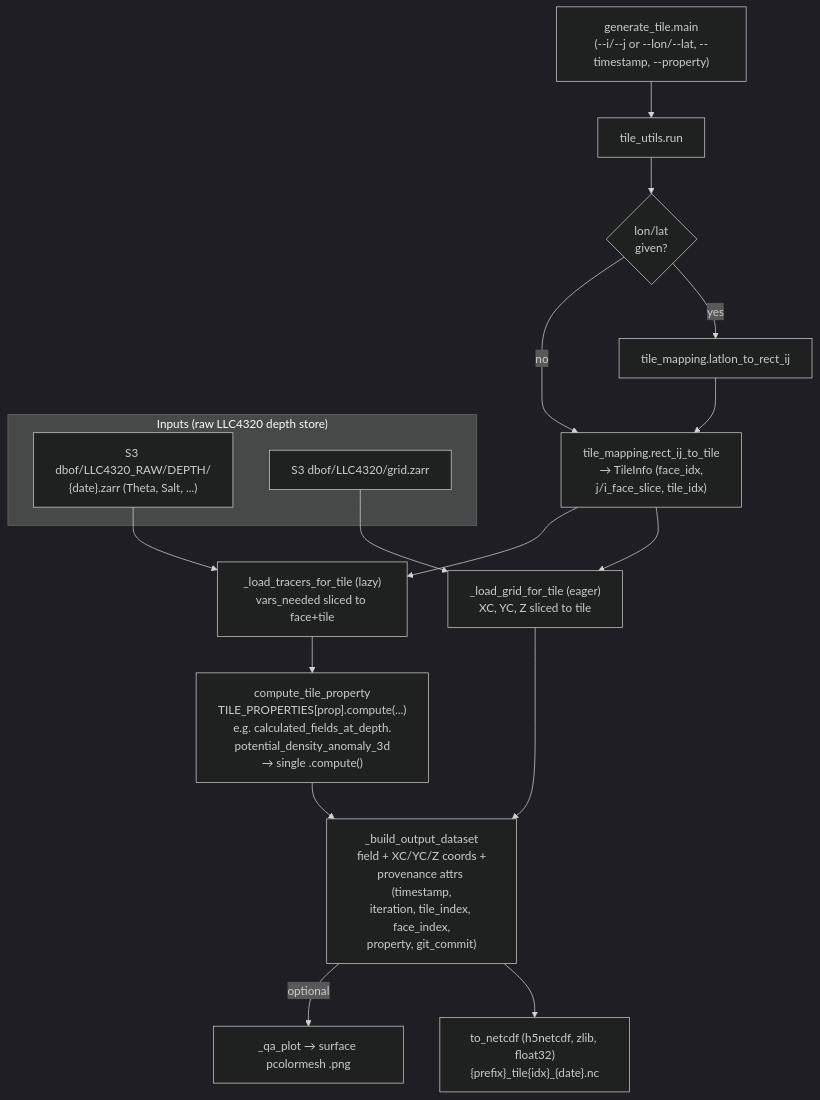
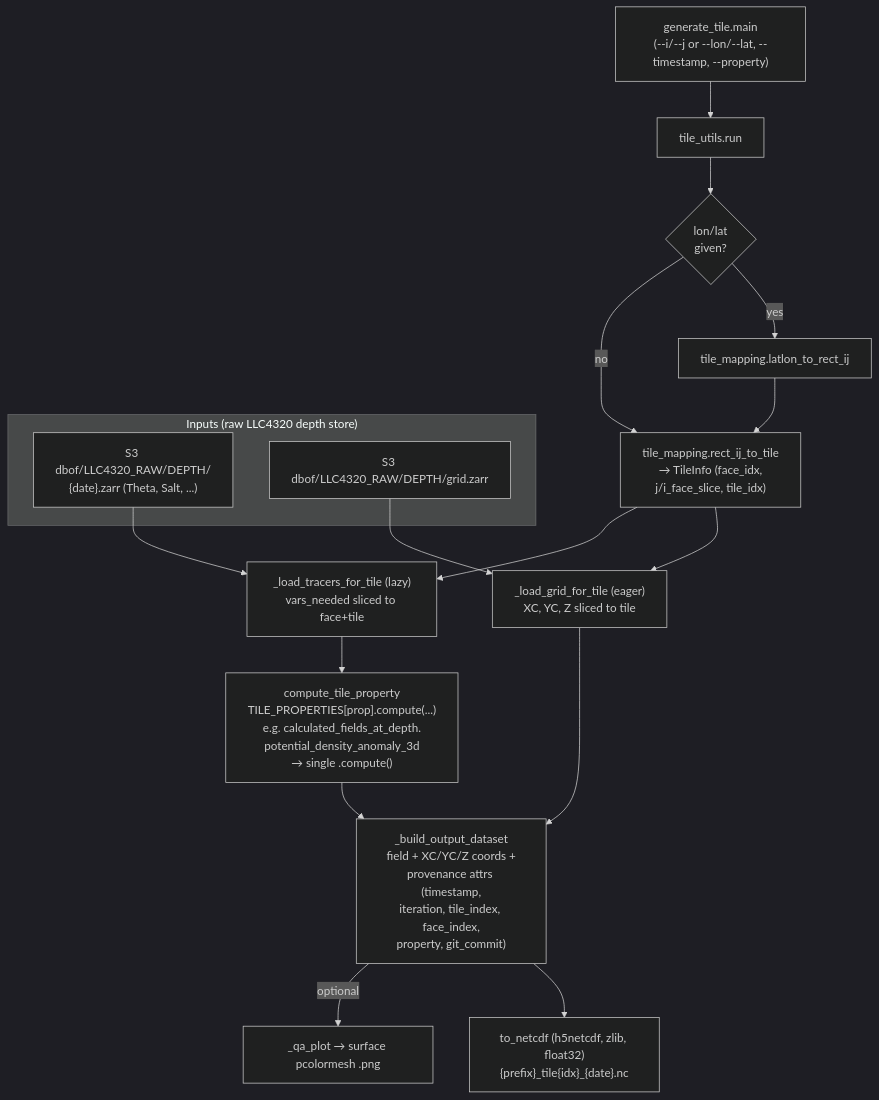
One commit to Sea-Meets-the-Stars/llc4320-native-grid-preprocessing changed the fifth of 5 diagrams in docs/mermaid_diagrams.md. Above: the diagram before and after it, drawn with Mermaid (dark theme). The commit also changed 4 other files, not shown here.

````diff
--- a/docs/mermaid_diagrams.md
+++ b/docs/mermaid_diagrams.md
@@ -172,27 +172,27 @@
 ```mermaid
 flowchart TD
     subgraph IN["Inputs (raw LLC4320 depth store)"]
         TS["S3 dbof/LLC4320_RAW/DEPTH/<br/>{date}.zarr (Theta, Salt, ...)"]
-        GRIDT["S3 dbof/LLC4320/grid.zarr"]
+        GRIDT["S3 dbof/LLC4320_RAW/DEPTH/grid.zarr"]
     end
 
     CLI["generate_tile.main<br/>(--i/--j or --lon/--lat, --timestamp, --property)"] --> RUN["tile_utils.run"]
 
     RUN --> LL{"lon/lat<br/>given?"}
     LL -->|yes| L2R["tile_mapping.latlon_to_rect_ij"]
     LL -->|no| RESOLVE
     L2R --> RESOLVE["tile_mapping.rect_ij_to_tile<br/>→ TileInfo (face_idx,<br/>j/i_face_slice, tile_idx)"]
 
     RESOLVE --> LOADG["_load_grid_for_tile (eager)<br/>XC, YC, Z sliced to tile"]
     RESOLVE --> LOADT["_load_tracers_for_tile (lazy)<br/>vars_needed sliced to face+tile"]
     GRIDT --> LOADG
     TS --> LOADT
 
     LOADT --> COMPUTE["compute_tile_property<br/>TILE_PROPERTIES[prop].compute(...)<br/>e.g. calculated_fields_at_depth.<br/>potential_density_anomaly_3d<br/>→ single .compute()"]
 
     COMPUTE --> BUILD["_build_output_dataset<br/>field + XC/YC/Z coords +<br/>provenance attrs (timestamp,<br/>iteration, tile_index, face_index,<br/>property, git_commit)"]
     LOADG --> BUILD
 
     BUILD --> WRITE["to_netcdf (h5netcdf, zlib, float32)<br/>{prefix}_tile{idx}_{date}.nc"]
     BUILD -->|"optional"| QA["_qa_plot → surface pcolormesh .png"]
 ```
````
